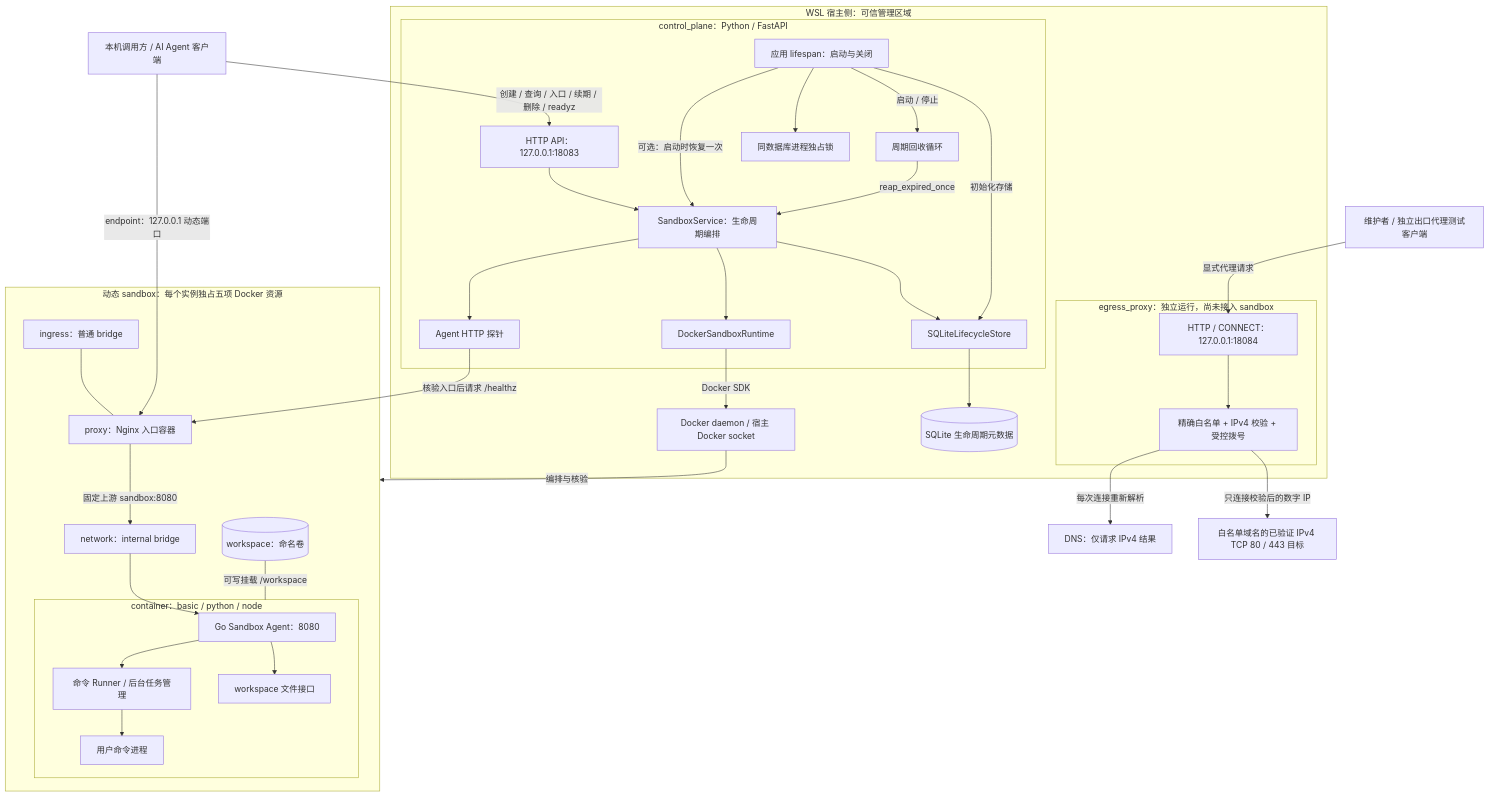
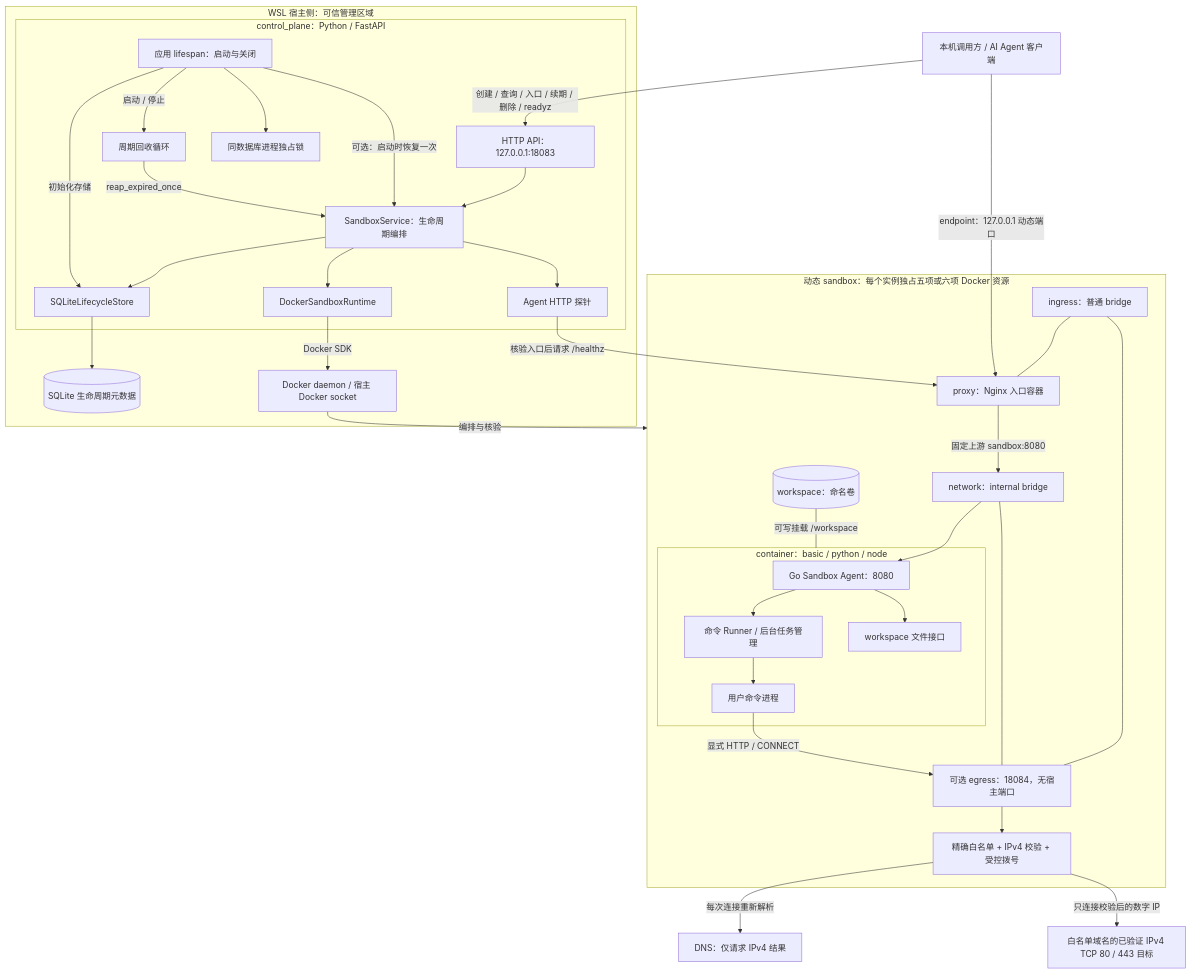
Before and after one commit to nico-hua/agent-sandbox: the diagram in docs/ARCHITECTURE.md, drawn with Mermaid. The commit also changed other lines of this file and 21 other files, not shown here.

Commit message:
feat(egress): integrate per-sandbox outbound proxy lifecycle

````diff
--- a/docs/ARCHITECTURE.md
+++ b/docs/ARCHITECTURE.md
@@ -16,67 +16,65 @@
 ```mermaid
 flowchart TB
     Client["本机调用方 / AI Agent 客户端"]
-    Operator["维护者 / 独立出口代理测试客户端"]
 
     subgraph Host["WSL 宿主侧：可信管理区域"]
         subgraph Control["control_plane：Python / FastAPI"]
             API["HTTP API：127.0.0.1:18083"]
             Service["SandboxService：生命周期编排"]
             Lifespan["应用 lifespan：启动与关闭"]
             Reaper["周期回收循环"]
             Store["SQLiteLifecycleStore"]
             Runtime["DockerSandboxRuntime"]
             Probe["Agent HTTP 探针"]
             Lock["同数据库进程独占锁"]
             API --> Service
             Service --> Store
             Service --> Runtime
             Service --> Probe
             Lifespan --> Lock
             Lifespan -->|"初始化存储"| Store
             Lifespan -->|"可选：启动时恢复一次"| Service
             Lifespan -->|"启动 / 停止"| Reaper
             Reaper -->|"reap_expired_once"| Service
         end
         DB[("SQLite 生命周期元数据")]
         Daemon["Docker daemon / 宿主 Docker socket"]
         Store --> DB
         Runtime -->|"Docker SDK"| Daemon
-
-        subgraph Egress["egress_proxy：独立运行，尚未接入 sandbox"]
-            EgressServer["HTTP / CONNECT：127.0.0.1:18084"]
-            Guard["精确白名单 + IPv4 校验 + 受控拨号"]
-            EgressServer --> Guard
-        end
     end
 
-    subgraph Instance["动态 sandbox：每个实例独占五项 Docker 资源"]
+    subgraph Instance["动态 sandbox：每个实例独占五项或六项 Docker 资源"]
         Ingress["ingress：普通 bridge"]
         Entry["proxy：Nginx 入口容器"]
         Internal["network：internal bridge"]
         Workspace[("workspace：命名卷")]
         subgraph Sandbox["container：basic / python / node"]
             Agent["Go Sandbox Agent：8080"]
             Runner["命令 Runner / 后台任务管理"]
             Files["workspace 文件接口"]
             Process["用户命令进程"]
             Agent --> Runner
             Runner --> Process
             Agent --> Files
         end
+        EgressServer["可选 egress：18084，无宿主端口"]
+        Guard["精确白名单 + IPv4 校验 + 受控拨号"]
+        Ingress --- EgressServer
+        Internal --- EgressServer
+        Process -->|"显式 HTTP / CONNECT"| EgressServer
+        EgressServer --> Guard
         Ingress --- Entry
         Entry -->|"固定上游 sandbox:8080"| Internal
         Internal --> Agent
         Workspace ---|"可写挂载 /workspace"| Sandbox
     end
 
     DNS["DNS：仅请求 IPv4 结果"]
     Target["白名单域名的已验证 IPv4 TCP 80 / 443 目标"]
     Client -->|"创建 / 查询 / 入口 / 续期 / 删除 / readyz"| API
     Client -->|"endpoint：127.0.0.1 动态端口"| Entry
     Probe -->|"核验入口后请求 /healthz"| Entry
     Daemon -->|"编排与核验"| Instance
-    Operator -->|"显式代理请求"| EgressServer
     Guard -->|"每次连接重新解析"| DNS
     Guard -->|"只连接校验后的数字 IP"| Target
 ```
````
